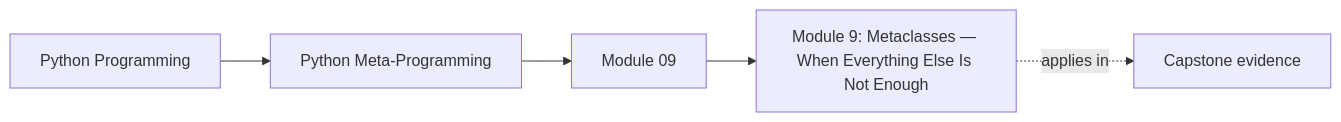
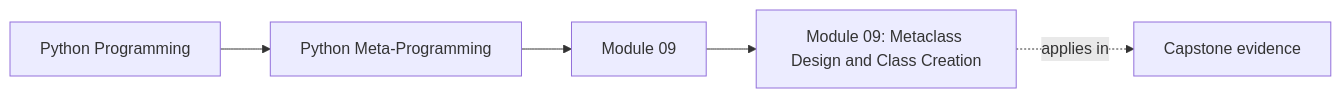
One commit to bijux/bijux-masterclass changed the first of 7 diagrams in programs/python-programming/python-meta-programming/course-book/module-09-metaclass-design-and-class-creation/index.md. Above: the diagram before and after it, drawn with Mermaid. The commit also changed other lines of this file and 11 other files, not shown here.

````diff
--- a/programs/python-programming/python-meta-programming/course-book/module-09-metaclass-design-and-class-creation/index.md
+++ b/programs/python-programming/python-meta-programming/course-book/module-09-metaclass-design-and-class-creation/index.md
@@ -8,11 +8,11 @@
 ```mermaid
 graph LR
   family["Python Programming"]
   program["Python Meta-Programming"]
   section["Module 09"]
-  page["Module 9: Metaclasses — When Everything Else Is Not Enough"]
+  page["Module 09: Metaclass Design and Class Creation"]
   capstone["Capstone evidence"]
 
   family --> program --> section --> page
   page -.applies in.-> capstone
 ```
````
